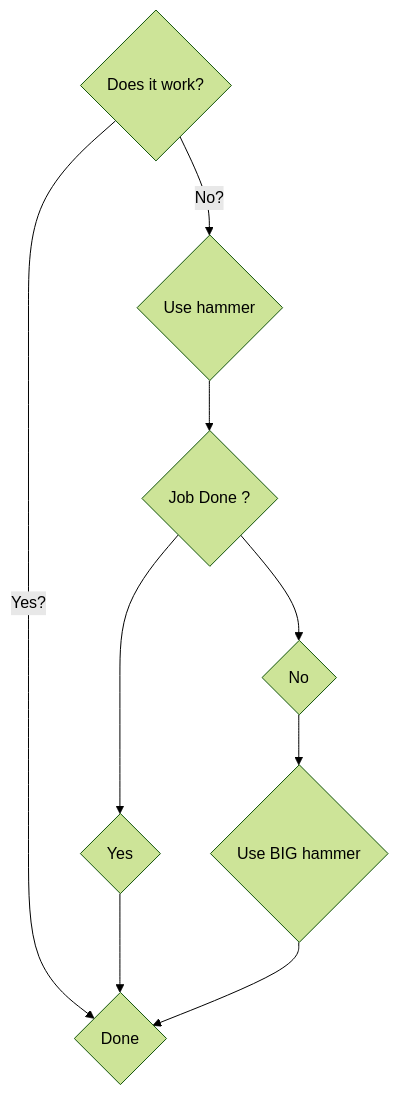
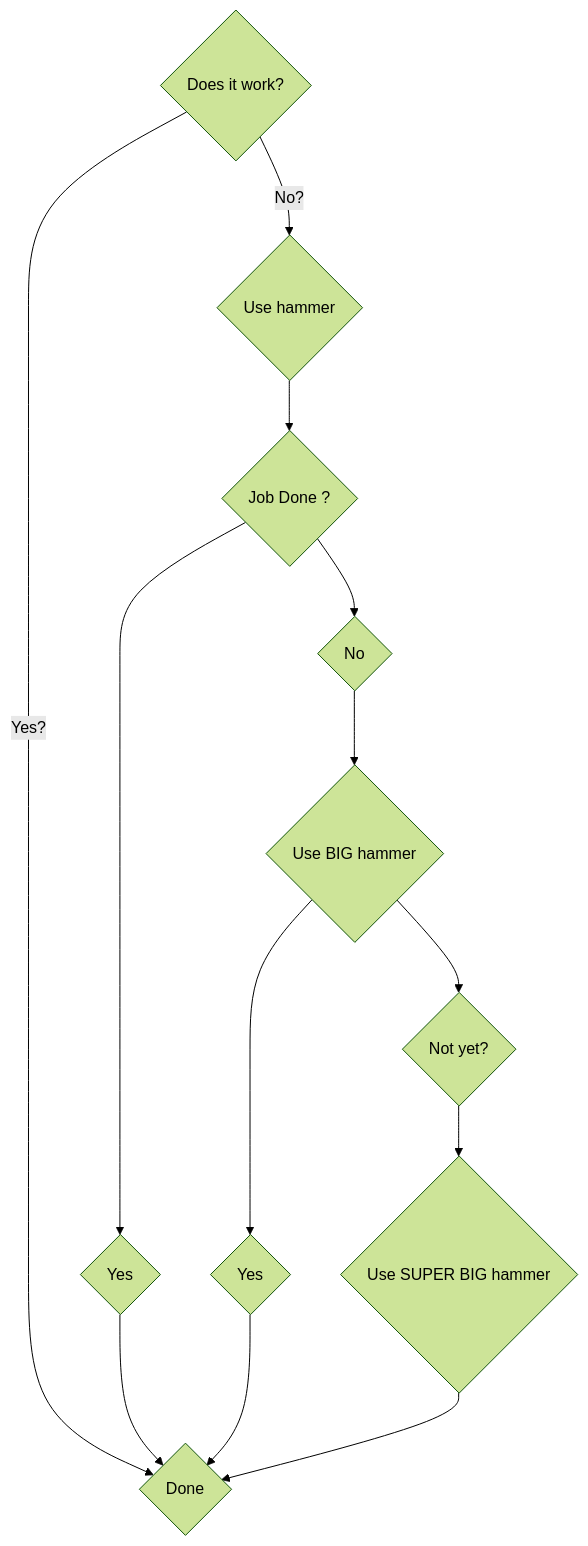
One commit to ch3ll0v3k/ch3ll0v3k.github.io changed the diagram in README.md. Above: the diagram before and after it, drawn with Mermaid (forest theme).

Commit message:
"mermaid flowchart/flowchart test"

````diff
--- a/README.md
+++ b/README.md
@@ -4,11 +4,15 @@
 ```mermaid
 flowchart TD;
   start{Does it work?} -- Yes? --> jobDone{Done};
   start{Does it work?} -- No? --> use_hammer_1{Use hammer};
   use_hammer_1{Use hammer} --> job_done_1{Job Done ?} 
   job_done_1{Job Done ?} --> yes_1{Yes};
   job_done_1{Job Done ?} --> no_2{No};
   no_2{No} --> use_hammer_2{Use BIG hammer};
+  use_hammer_2{Use BIG hammer} --> yes_2{Yes?};
+  use_hammer_2{Use BIG hammer} --> no_3{Not yet?};
+  no_3{Not yet?} --> use_hammer_3{Use SUPER BIG hammer};
   yes_1{Yes} --> jobDone{Done};
-  use_hammer_2{Use BIG hammer} --> jobDone{Done};
+  yes_2{Yes} --> jobDone{Done};
+  use_hammer_3{Use SUPER BIG hammer} --> jobDone{Done};
 ```
````
